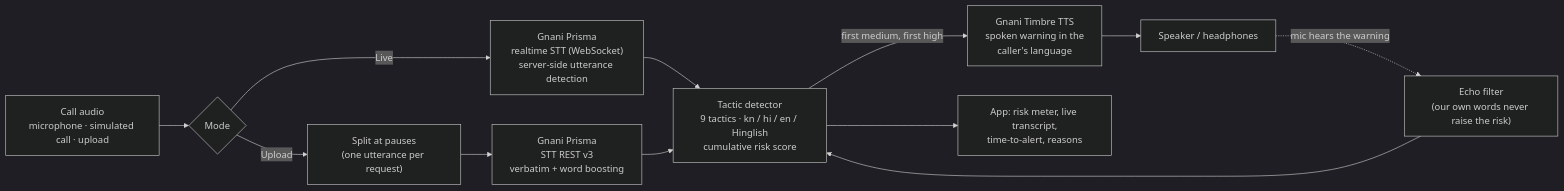
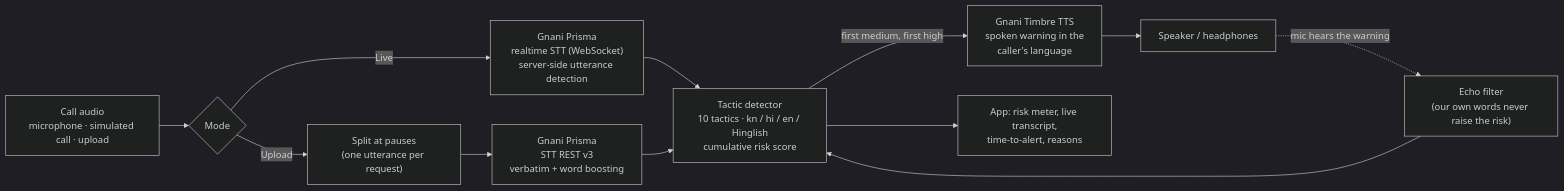
One commit to Hrishvith/Scam-Sentinel changed the diagram in README.md. Above: the diagram before and after it, drawn with Mermaid (dark theme). The commit also changed other lines of this file and 12 other files, not shown here.

````diff
--- a/README.md
+++ b/README.md
@@ -48,14 +60,14 @@
 ```mermaid
 flowchart LR
     A["Call audio<br/>microphone · simulated call · upload"] --> B{"Mode"}
     B -- "Live" --> C["Gnani Prisma<br/>realtime STT (WebSocket)<br/>server-side utterance detection"]
     B -- "Upload" --> D["Split at pauses<br/>(one utterance per request)"]
     D --> E["Gnani Prisma<br/>STT REST v3<br/>verbatim + word boosting"]
-    C --> F["Tactic detector<br/>9 tactics · kn / hi / en / Hinglish<br/>cumulative risk score"]
+    C --> F["Tactic detector<br/>10 tactics · kn / hi / en / Hinglish<br/>cumulative risk score"]
     E --> F
     F -- "first medium, first high" --> G["Gnani Timbre TTS<br/>spoken warning in the<br/>caller's language"]
     F --> H["App: risk meter, live transcript,<br/>time-to-alert, reasons"]
     G --> I["Speaker / headphones"]
     I -. "mic hears the warning" .-> J["Echo filter<br/>(our own words never raise the risk)"]
     J --> F
 ```
````
